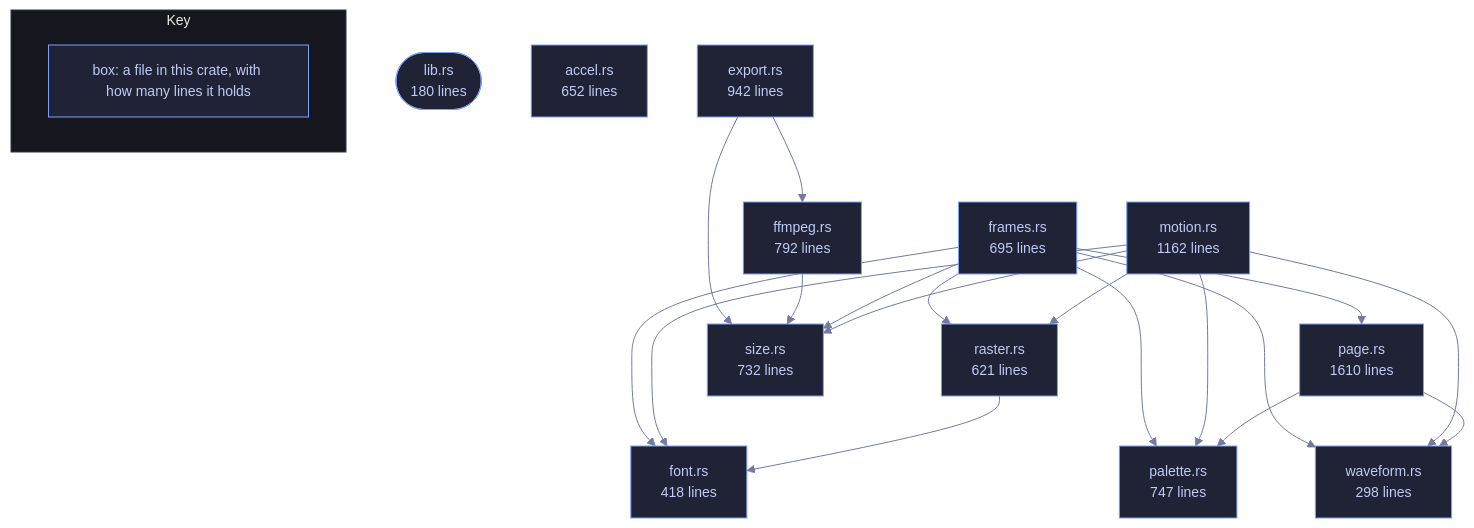
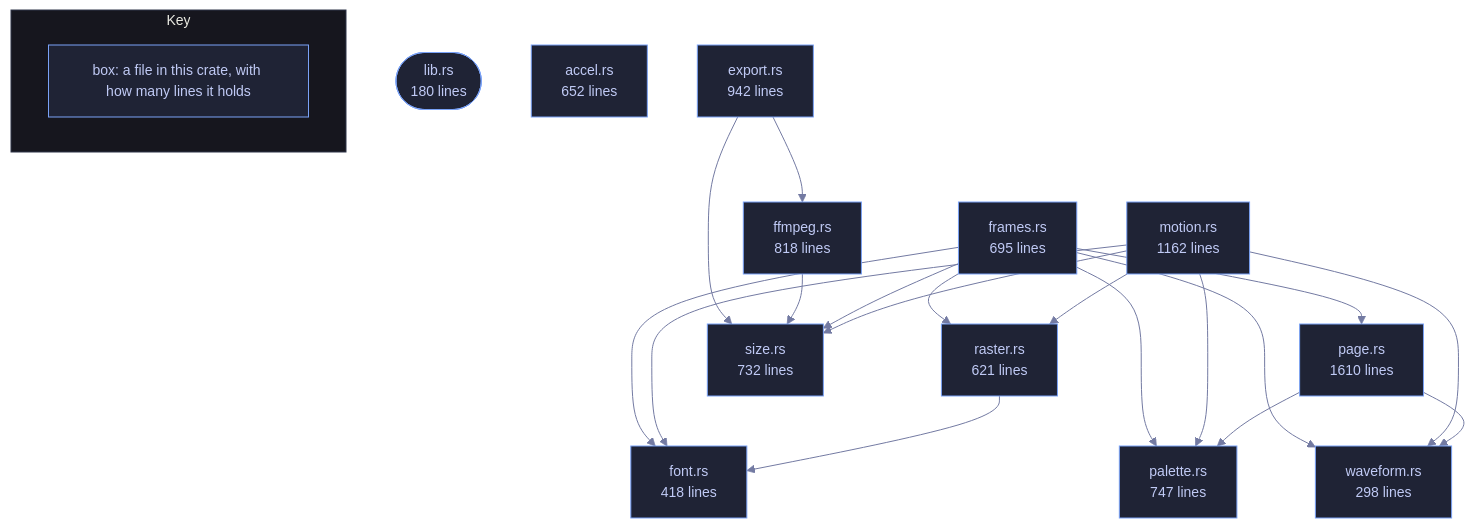
Before and after one commit to tilas01/veilvoice: the diagram in crates/veilvoice-video/README.md, drawn with Mermaid. The commit also changed other lines of this file and 514 other files, not shown here.

````diff
--- a/crates/veilvoice-video/README.md
+++ b/crates/veilvoice-video/README.md
@@ -101,49 +101,49 @@
 ```mermaid
 %%{init: {"theme":"base","themeVariables":{"background":"#1a1b26","primaryColor":"#1f2335","primaryTextColor":"#c0caf5","primaryBorderColor":"#7aa2f7","secondaryColor":"#16161e","tertiaryColor":"#16161e","lineColor":"#737aa2","textColor":"#c0caf5","mainBkg":"#1f2335","nodeBorder":"#7aa2f7","clusterBkg":"#16161e","clusterBorder":"#2f3549","fontFamily":"ui-monospace, SFMono-Regular, Consolas, monospace","fontSize":"14px"}}}%%
 flowchart TD
     n_lib(["lib.rs<br/>180 lines"])
     n_accel["accel.rs<br/>652 lines"]
     n_export["export.rs<br/>942 lines"]
-    n_ffmpeg["ffmpeg.rs<br/>792 lines"]
+    n_ffmpeg["ffmpeg.rs<br/>818 lines"]
     n_font["font.rs<br/>418 lines"]
     n_frames["frames.rs<br/>695 lines"]
     n_motion["motion.rs<br/>1162 lines"]
     n_page["page.rs<br/>1610 lines"]
     n_palette["palette.rs<br/>747 lines"]
     n_raster["raster.rs<br/>621 lines"]
     n_size["size.rs<br/>732 lines"]
     n_waveform["waveform.rs<br/>298 lines"]
     n_export --> n_ffmpeg
     n_export --> n_size
     n_ffmpeg --> n_size
     n_frames --> n_font
     n_frames --> n_page
     n_frames --> n_palette
     n_frames --> n_raster
     n_frames --> n_size
     n_frames --> n_waveform
     n_motion --> n_font
     n_motion --> n_palette
     n_motion --> n_raster
     n_motion --> n_size
     n_motion --> n_waveform
     n_page --> n_palette
     n_page --> n_waveform
     n_raster --> n_font
     click n_lib href "https://github.com/tilas01/veilvoice/blob/main/crates/veilvoice-video/src/lib.rs" "open the source"
     click n_accel href "https://github.com/tilas01/veilvoice/blob/main/crates/veilvoice-video/src/accel.rs" "open the source"
     click n_export href "https://github.com/tilas01/veilvoice/blob/main/crates/veilvoice-video/src/export.rs" "open the source"
     click n_ffmpeg href "https://github.com/tilas01/veilvoice/blob/main/crates/veilvoice-video/src/ffmpeg.rs" "open the source"
     click n_font href "https://github.com/tilas01/veilvoice/blob/main/crates/veilvoice-video/src/font.rs" "open the source"
     click n_frames href "https://github.com/tilas01/veilvoice/blob/main/crates/veilvoice-video/src/frames.rs" "open the source"
     click n_motion href "https://github.com/tilas01/veilvoice/blob/main/crates/veilvoice-video/src/motion.rs" "open the source"
     click n_page href "https://github.com/tilas01/veilvoice/blob/main/crates/veilvoice-video/src/page.rs" "open the source"
     click n_palette href "https://github.com/tilas01/veilvoice/blob/main/crates/veilvoice-video/src/palette.rs" "open the source"
     click n_raster href "https://github.com/tilas01/veilvoice/blob/main/crates/veilvoice-video/src/raster.rs" "open the source"
     click n_size href "https://github.com/tilas01/veilvoice/blob/main/crates/veilvoice-video/src/size.rs" "open the source"
     click n_waveform href "https://github.com/tilas01/veilvoice/blob/main/crates/veilvoice-video/src/waveform.rs" "open the source"
     subgraph chart_key ["Key"]
         direction LR
         key_box["box: a file in this crate, with how many lines it holds"]
     end
 ```
````
